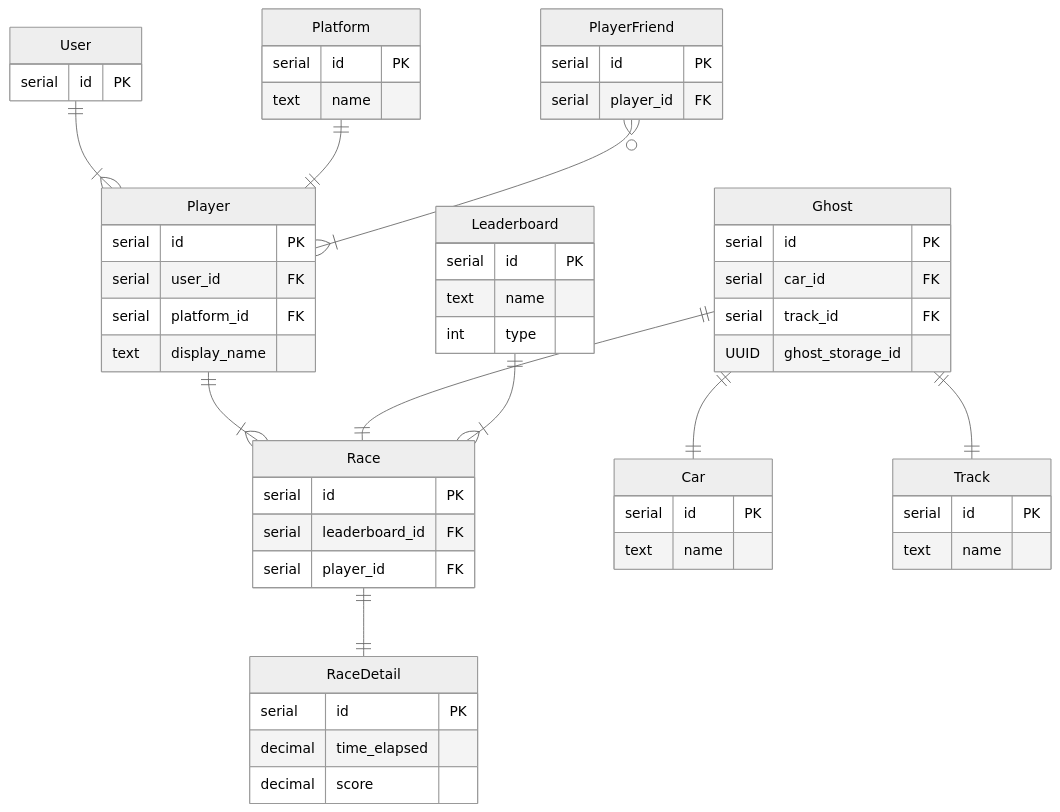
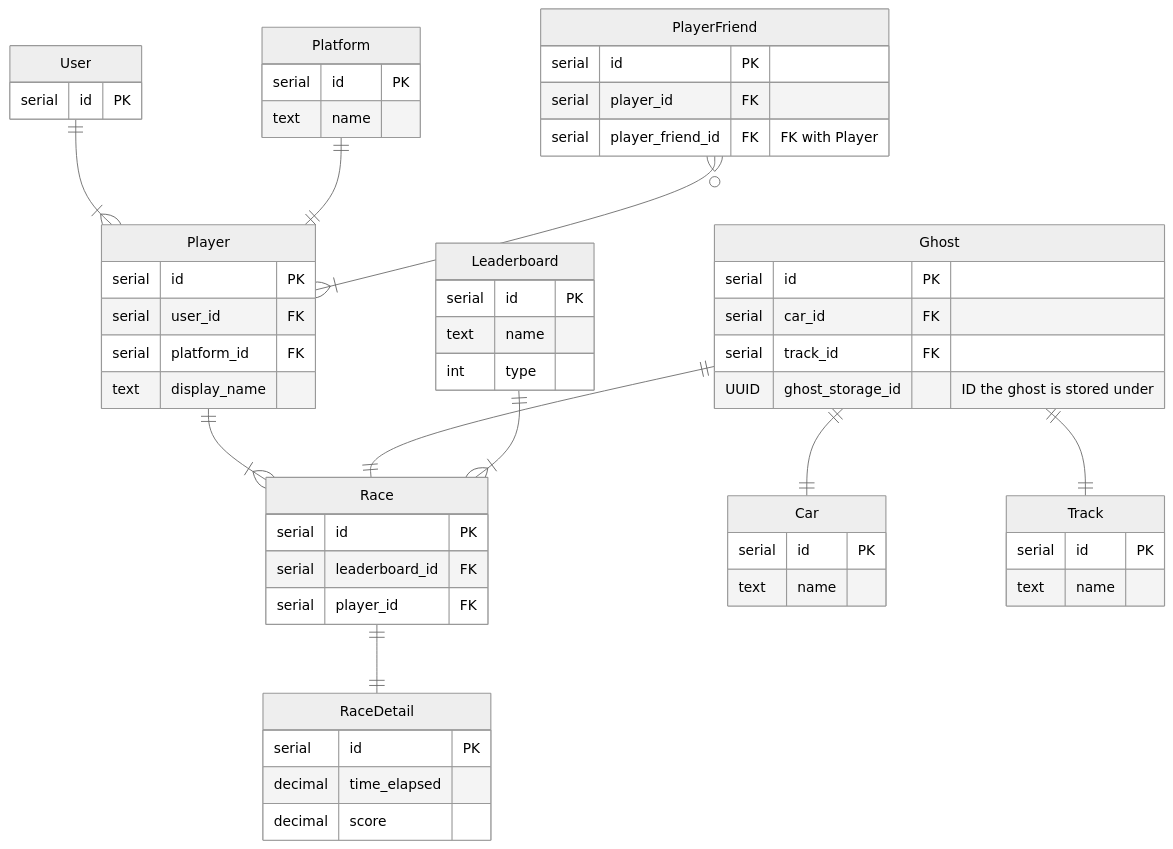
The second of 2 diagrams in README.md (rick-0/MegaLeaderboard), drawn with Mermaid before and after one commit.

````diff
--- a/README.md
+++ b/README.md
@@ -74,60 +74,61 @@
 ``` mermaid
 %%{init: {'theme':'neutral'}}%%
 erDiagram
     User ||--|{ Player : ""
     Player ||--|{ Race : ""
     Platform ||--|| Player : ""
     PlayerFriend }o--|{ Player : ""
     Ghost ||--|| Race : ""
     Race ||--|| RaceDetail : ""
     Ghost ||--|| Car : ""
     Ghost ||--|| Track : ""
     Leaderboard ||--|{ Race : ""   
 
     User {
         serial id PK
     }
     Player {
         serial id PK
         serial user_id FK
         serial platform_id FK
         text display_name
     }
     Platform {
         serial id PK
         text name
     }
     PlayerFriend {
         serial id PK
         serial player_id FK
+        serial player_friend_id FK "FK with Player"
     }
     Ghost {
         serial id PK
         serial car_id FK
         serial track_id FK
-        UUID ghost_storage_id
+        UUID ghost_storage_id "ID the ghost is stored under"
     }
     RaceDetail {
         serial id PK
         decimal time_elapsed
         decimal score
     }
     Race {
         serial id PK
         serial leaderboard_id FK
         serial player_id FK
     }
     Car {
         serial id PK
         text name
     }
     Track {
         serial id PK
         text name
     }
     Leaderboard {
         serial id PK
         text name
         int type
     }
 ```
````
